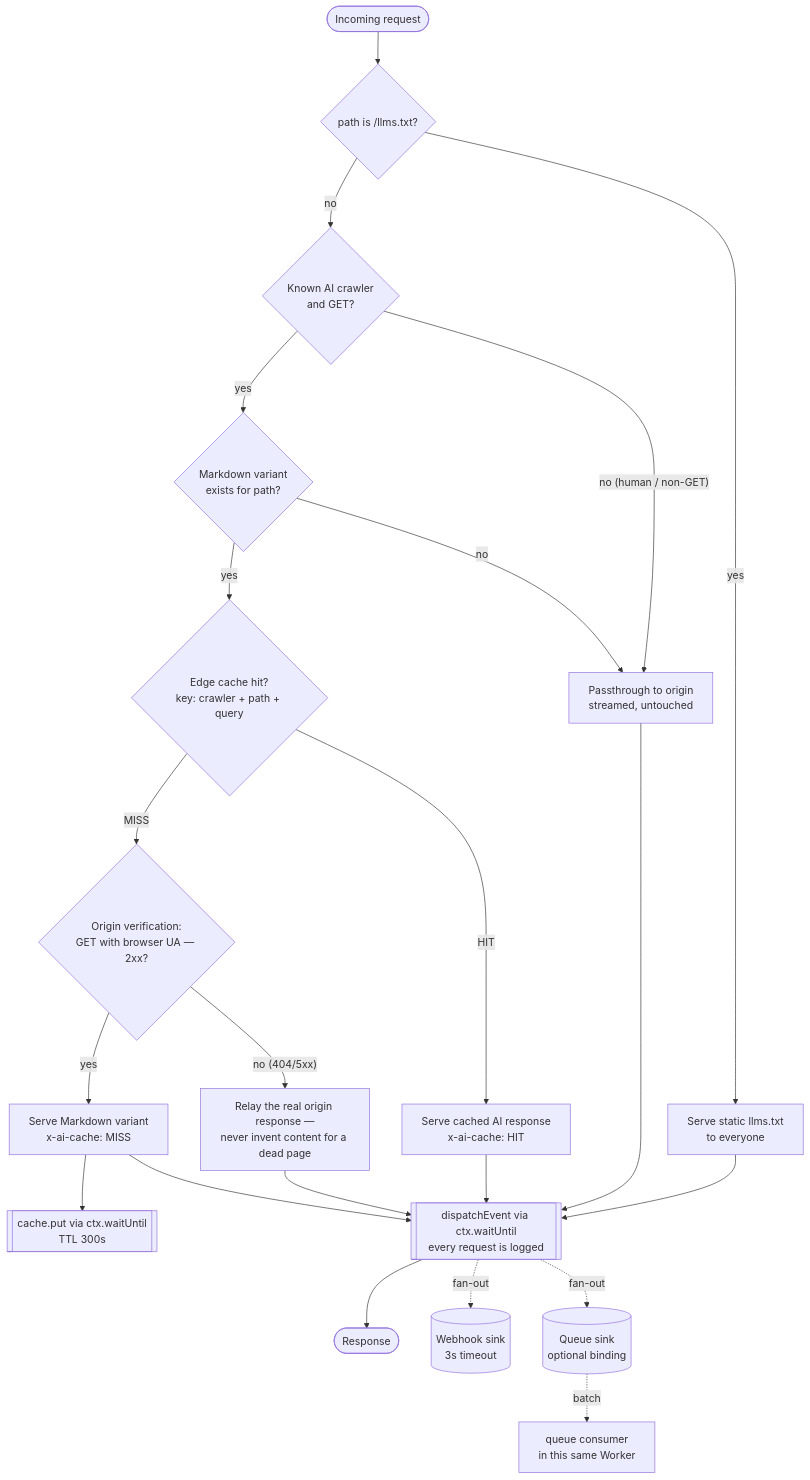
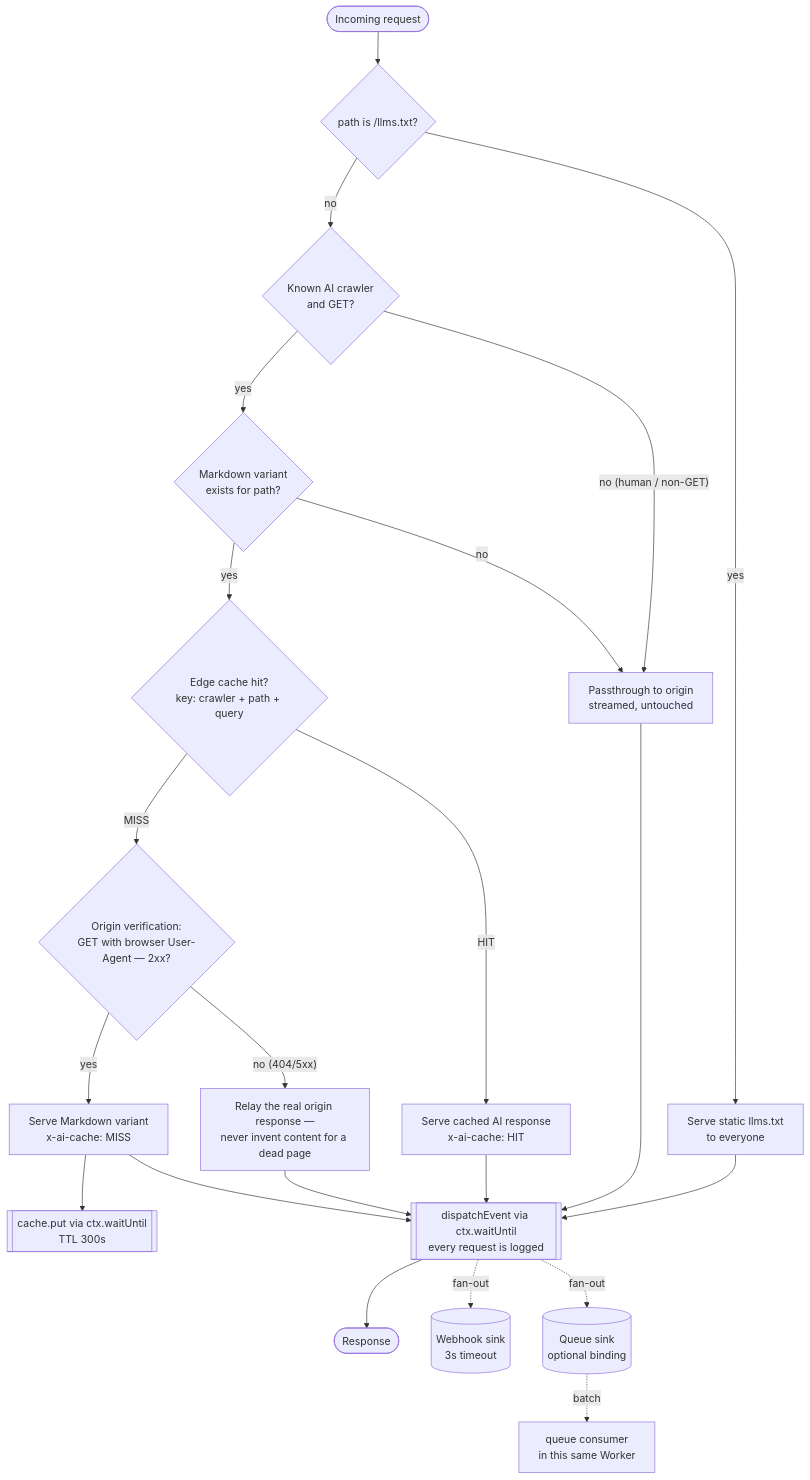
One commit to michelle-temp/AI-Crawler changed the first of 2 diagrams in ARCHITECTURE.md. Above: the diagram before and after it, drawn with Mermaid. The commit also changed other lines of this file and 1 other file, not shown here.

````diff
--- a/ARCHITECTURE.md
+++ b/ARCHITECTURE.md
@@ -10,25 +10,25 @@
 ```mermaid
 flowchart TD
     R(["Incoming request"]) --> LLMS{"path is /llms.txt?"}
     LLMS -- yes --> TXT["Serve static llms.txt<br/>to everyone"]
     LLMS -- no --> DET{"Known AI crawler<br/>and GET?"}
 
     DET -- "no (human / non-GET)" --> PASS["Passthrough to origin<br/>streamed, untouched"]
     DET -- yes --> VAR{"Markdown variant<br/>exists for path?"}
 
     VAR -- no --> PASS
     VAR -- yes --> CACHE{"Edge cache hit?<br/>key: crawler + path + query"}
 
     CACHE -- HIT --> HIT["Serve cached AI response<br/>x-ai-cache: HIT"]
-    CACHE -- MISS --> VERIFY{"Origin verification:<br/>GET with browser UA — 2xx?"}
+    CACHE -- MISS --> VERIFY{"Origin verification:<br/>GET with browser User-Agent — 2xx?"}
 
     VERIFY -- "no (404/5xx)" --> RELAY["Relay the real origin response —<br/>never invent content for a dead page"]
     VERIFY -- yes --> MISS["Serve Markdown variant<br/>x-ai-cache: MISS"] --> STORE[["cache.put via ctx.waitUntil<br/>TTL 300s"]]
 
     TXT & PASS & HIT & RELAY & MISS --> FAN[["dispatchEvent via ctx.waitUntil<br/>every request is logged"]]
     FAN --> DONE(["Response"])
 
     FAN -.fan-out.-> WH[("Webhook sink<br/>3s timeout")]
     FAN -.fan-out.-> Q[("Queue sink<br/>optional binding")]
     Q -.batch.-> QC["queue consumer<br/>in this same Worker"]
 ```
````
